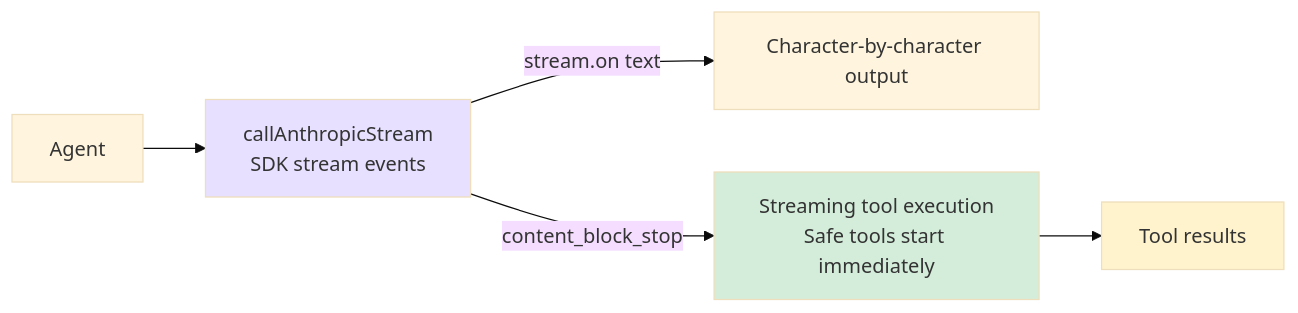
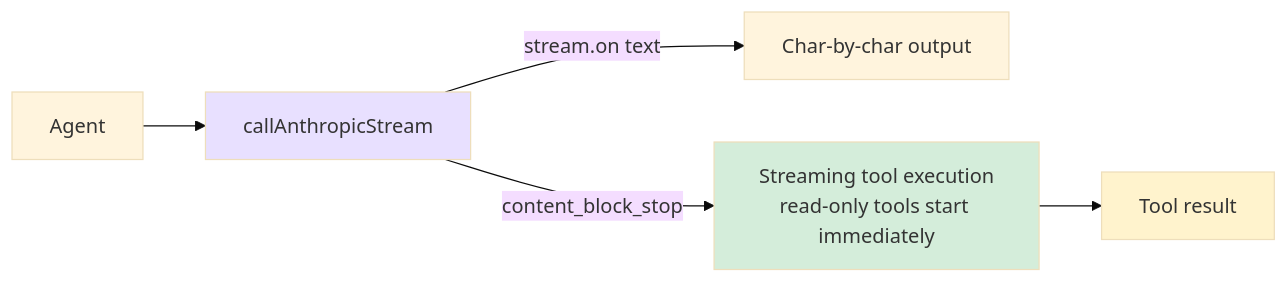
Before and after one commit to joinmouse/claude-code-mini: the diagram in en/docs/05-streaming.md, drawn with Mermaid (base theme). The commit also changed other lines of this file and 30 other files, not shown here.

````diff
--- a/en/docs/05-streaming.md
+++ b/en/docs/05-streaming.md
@@ -7,12 +5,11 @@
 ```mermaid
 graph LR
-    Agent[Agent] --> Anthropic[callAnthropicStream<br/>SDK stream events]
-    Anthropic --> |stream.on text| Console[Character-by-character output]
-
-    Anthropic --> |content_block_stop| EarlyExec[Streaming tool execution<br/>Safe tools start immediately]
-    EarlyExec --> ToolResult[Tool results]
+    Agent[Agent] --> Anthropic[callAnthropicStream]
+    Anthropic --> |stream.on text| Console[Char-by-char output]
+    Anthropic --> |content_block_stop| EarlyExec[Streaming tool execution<br/>read-only tools start immediately]
+    EarlyExec --> ToolResult[Tool result]
 
     style Anthropic fill:#e8e0ff
     style EarlyExec fill:#d4edda
     style ToolResult fill:#fff3cd
 ```
````
